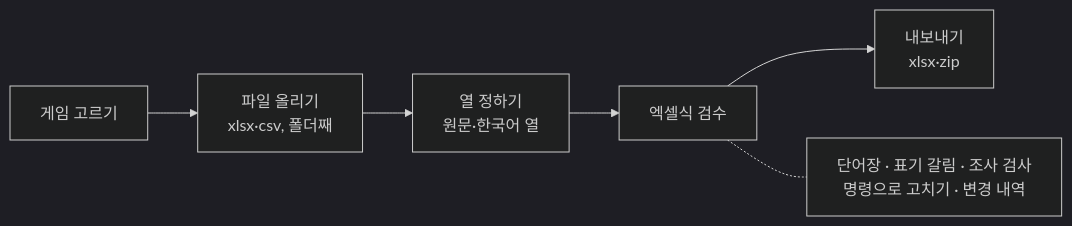
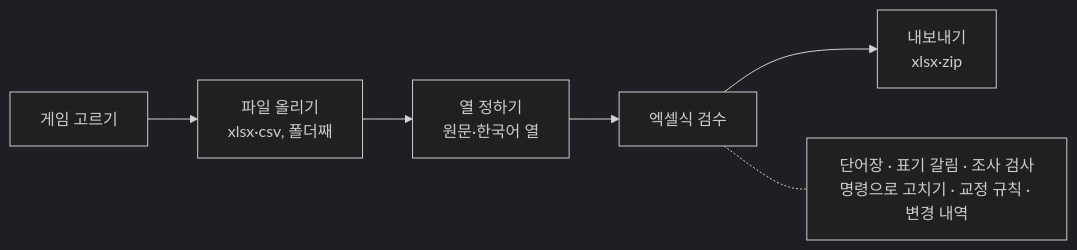
The first of 3 diagrams in README.md (Hong9915/game_translation), drawn with Mermaid (dark theme) before and after one commit. The commit also changed other lines of this file, not shown here.

````diff
--- a/README.md
+++ b/README.md
@@ -7,5 +7,5 @@
 ```mermaid
 flowchart LR
   A[게임 고르기] --> B["파일 올리기<br/>xlsx·csv, 폴더째"] --> C["열 정하기<br/>원문·한국어 열"] --> D[엑셀식 검수] --> E["내보내기<br/>xlsx·zip"]
-  D -.- T["단어장 · 표기 갈림 · 조사 검사<br/>명령으로 고치기 · 변경 내역"]
+  D -.- T["단어장 · 표기 갈림 · 조사 검사<br/>명령으로 고치기 · 교정 규칙 · 변경 내역"]
 ```
````
